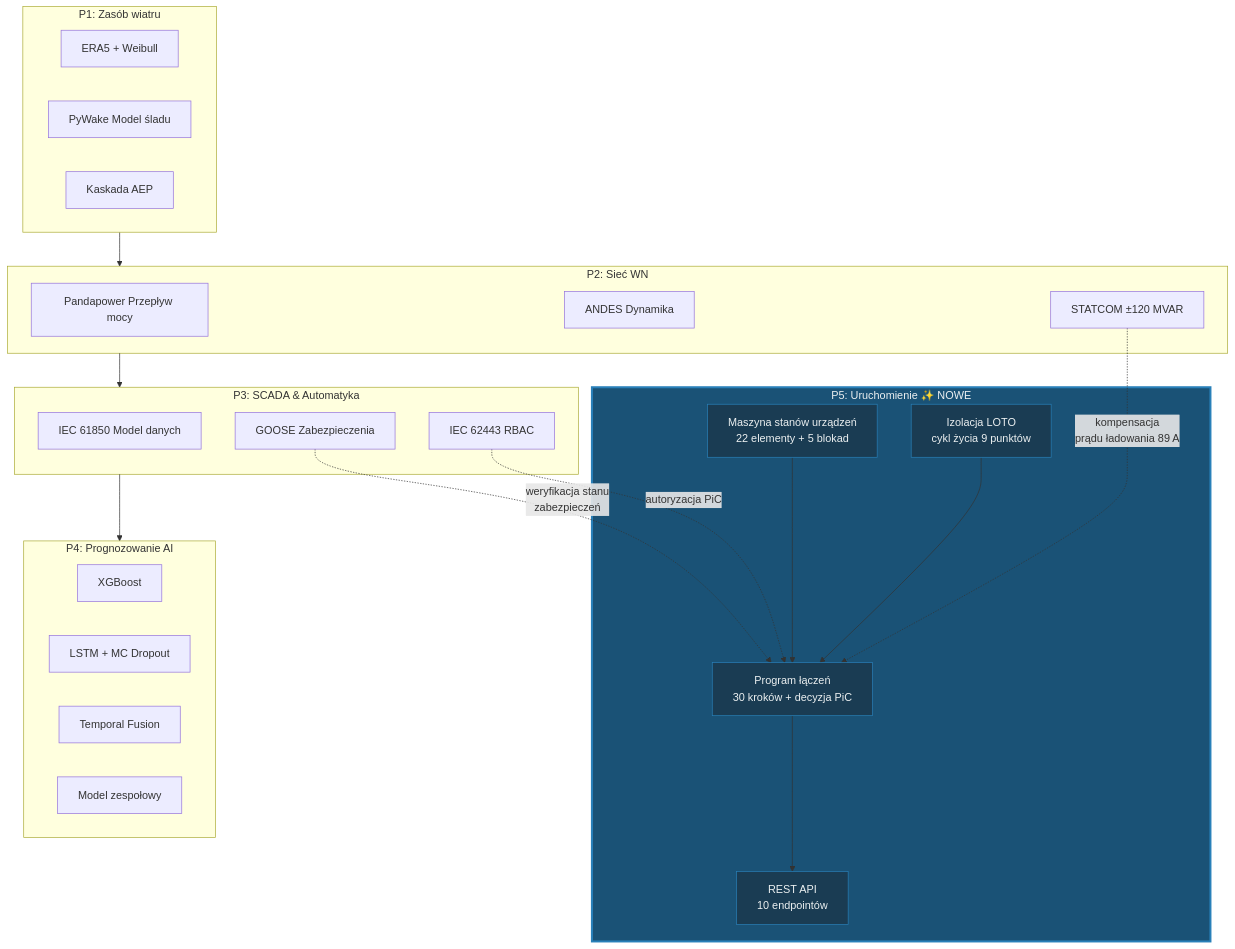
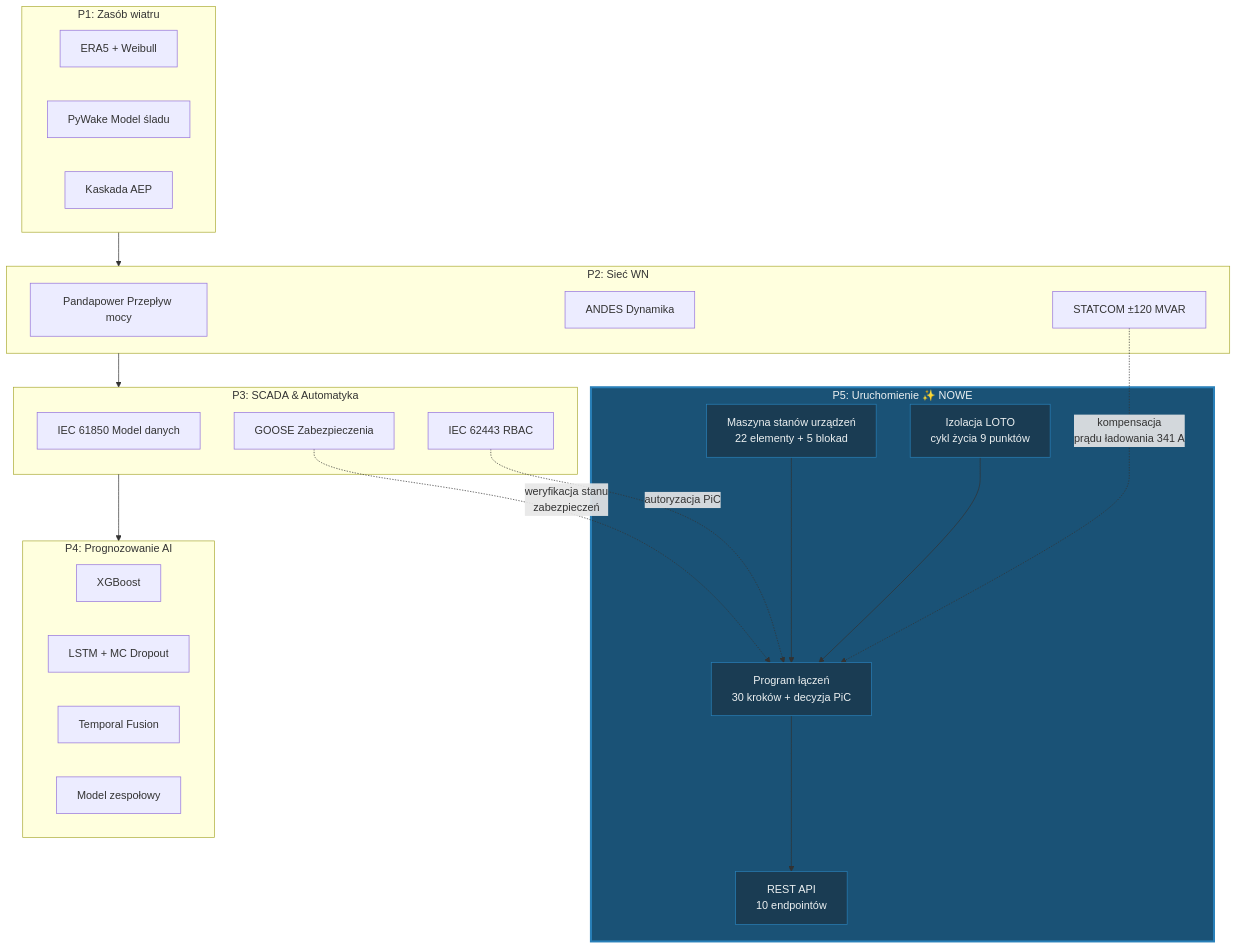
Before and after one commit to polat-mustafa/baltic-wind-control-system: the diagram in docs/pl/lessons/lesson-017.md, drawn with Mermaid. The commit also changed other lines of this file and 85 other files, not shown here.

````diff
--- a/docs/pl/lessons/lesson-017.md
+++ b/docs/pl/lessons/lesson-017.md
@@ -487,52 +487,52 @@
 ```mermaid
 graph TB
     subgraph P1["P1: Zasób wiatru"]
         ERA5["ERA5 + Weibull"]
         PyWake["PyWake Model śladu"]
         AEP["Kaskada AEP"]
     end
 
     subgraph P2["P2: Sieć WN"]
         PF["Pandapower Przepływ mocy"]
         ANDES["ANDES Dynamika"]
         STATCOM["STATCOM ±120 MVAR"]
     end
 
     subgraph P3["P3: SCADA & Automatyka"]
         IEC61850["IEC 61850 Model danych"]
         GOOSE["GOOSE Zabezpieczenia"]
         RBAC["IEC 62443 RBAC"]
     end
 
     subgraph P4["P4: Prognozowanie AI"]
         XGB["XGBoost"]
         LSTM["LSTM + MC Dropout"]
         TFT["Temporal Fusion"]
         ENS["Model zespołowy"]
     end
 
     subgraph P5["P5: Uruchomienie ✨ NOWE"]
         ESM["Maszyna stanów urządzeń<br/>22 elementy + 5 blokad"]
         SP["Program łączeń<br/>30 kroków + decyzja PiC"]
         LOTO["Izolacja LOTO<br/>cykl życia 9 punktów"]
         API["REST API<br/>10 endpointów"]
     end
 
     P1 --> P2
     P2 --> P3
     P3 --> P4
 
-    STATCOM -.->|"kompensacja<br/>prądu ładowania 89 A"| SP
+    STATCOM -.->|"kompensacja<br/>prądu ładowania 341 A"| SP
     GOOSE -.->|"weryfikacja stanu<br/>zabezpieczeń"| SP
     RBAC -.->|"autoryzacja PiC"| SP
 
     ESM --> SP
     LOTO --> SP
     SP --> API
 
     style P5 fill:#1a5276,stroke:#2980b9,stroke-width:3px,color:#ecf0f1
     style ESM fill:#1a3c53,stroke:#2980b9,color:#ecf0f1
     style SP fill:#1a3c53,stroke:#2980b9,color:#ecf0f1
     style LOTO fill:#1a3c53,stroke:#2980b9,color:#ecf0f1
     style API fill:#1a3c53,stroke:#2980b9,color:#ecf0f1
 ```
````
